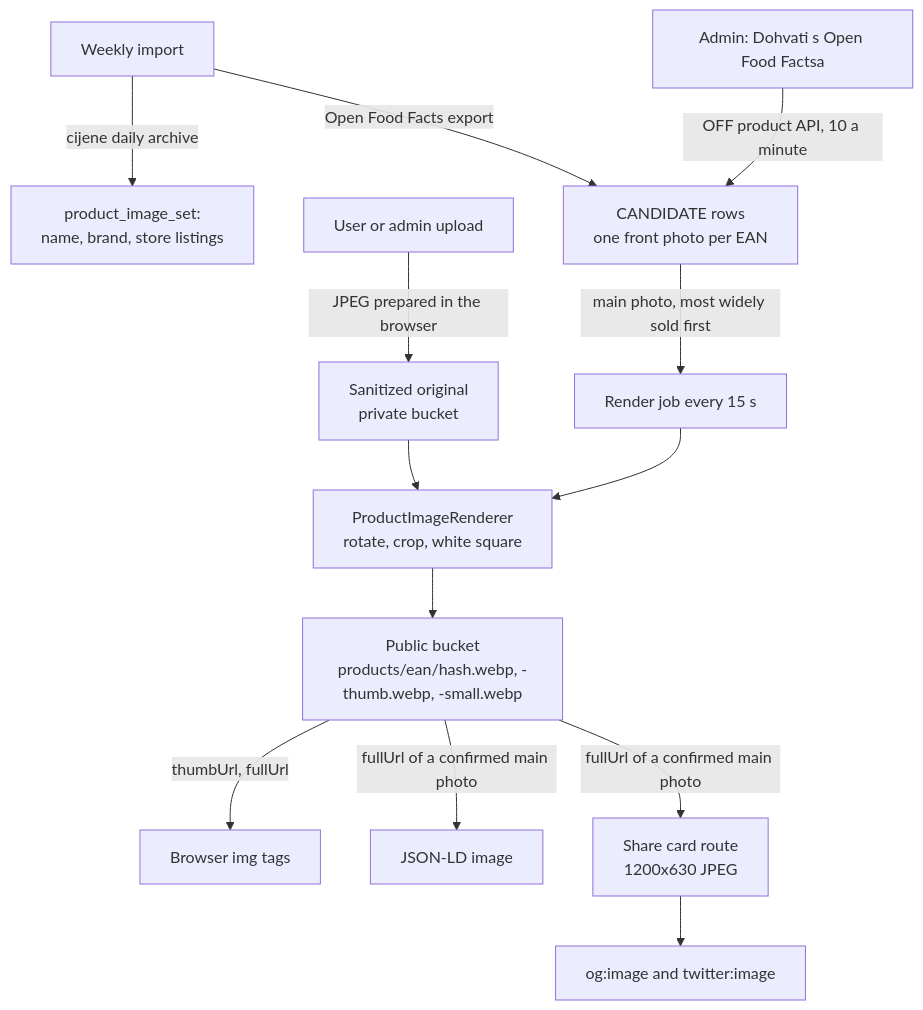
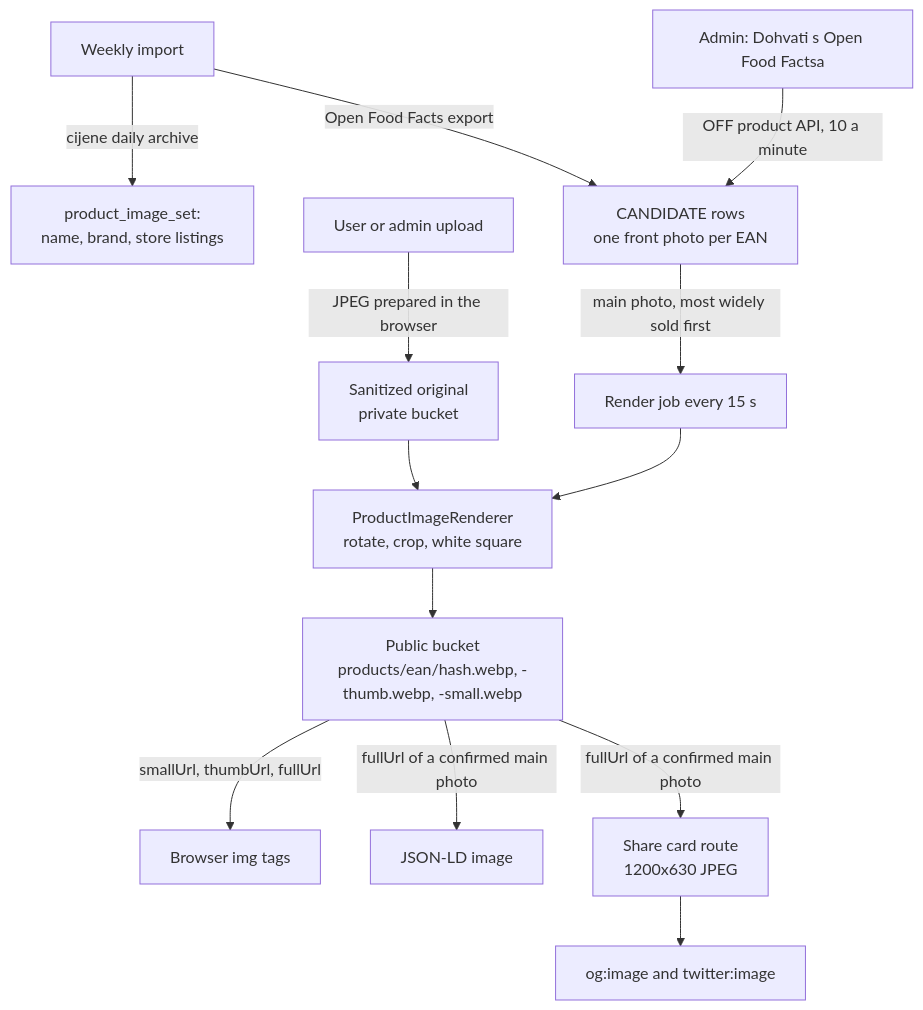
One commit to OffCrazyFreak/Disscount changed the first of 2 diagrams in docs/PRODUCT-IMAGES.md. Above: the diagram before and after it, drawn with Mermaid. The commit also changed other lines of this file, not shown here.

First line of the commit message:
docs(products): Describe the photo layout and the small gallery files

````diff
--- a/docs/PRODUCT-IMAGES.md
+++ b/docs/PRODUCT-IMAGES.md
@@ -52,15 +52,15 @@
 ```mermaid
 flowchart TD
     W[Weekly import] -->|cijene daily archive| S[product_image_set:<br/>name, brand, store listings]
     W -->|Open Food Facts export| C[CANDIDATE rows<br/>one front photo per EAN]
     A[Admin: Dohvati s Open Food Factsa] -->|OFF product API, 10 a minute| C
     U[User or admin upload] -->|JPEG prepared in the browser| O[Sanitized original<br/>private bucket]
     O --> R
     C -->|main photo, most widely sold first| J[Render job every 15 s]
     J --> R[ProductImageRenderer<br/>rotate, crop, white square]
     R --> P["Public bucket<br/>products/ean/hash.webp, -thumb.webp, -small.webp"]
-    P -->|thumbUrl, fullUrl| B[Browser img tags]
+    P -->|smallUrl, thumbUrl, fullUrl| B[Browser img tags]
     P -->|fullUrl of a confirmed main photo| LD[JSON-LD image]
     P -->|fullUrl of a confirmed main photo| CARD["Share card route<br/>1200x630 JPEG"]
     CARD --> SEO[og:image and twitter:image]
 ```
````
